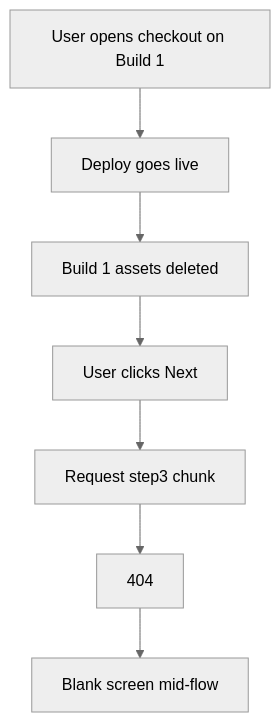
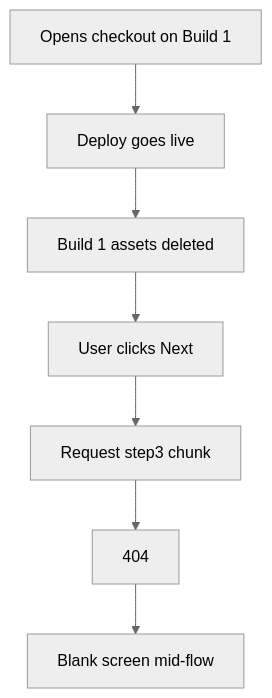
One commit to AkhilXavier95/portfolio changed the fourth of 5 diagrams in markdown/why-hard-refresh-fixes-stale-frontend-deploys.md. Above: the diagram before and after it, drawn with Mermaid (neutral theme). The commit also changed other lines of this file and 3 other files, not shown here.

First line of the commit message:
Refine Mermaid diagram rendering and enhance blog styles

````diff
--- a/markdown/why-hard-refresh-fixes-stale-frontend-deploys.md
+++ b/markdown/why-hard-refresh-fixes-stale-frontend-deploys.md
@@ -129,9 +129,9 @@
 ```mermaid
 flowchart TD
-    A[User opens checkout on Build 1] --> B[Deploy goes live]
+    A[Opens checkout on Build 1] --> B[Deploy goes live]
     B --> C[Build 1 assets deleted]
     C --> D[User clicks Next]
     D --> E[Request step3 chunk]
     E --> F[404]
     F --> G[Blank screen mid-flow]
 ```
````
